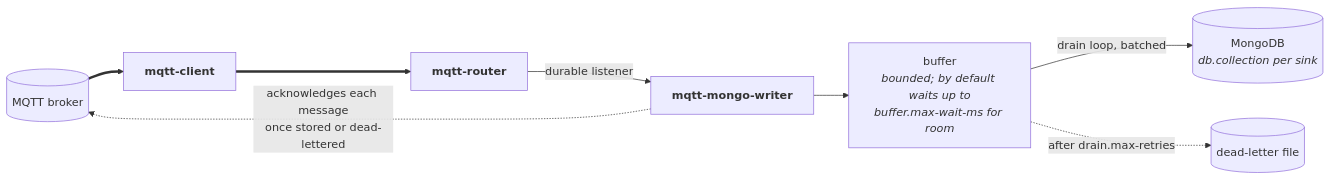
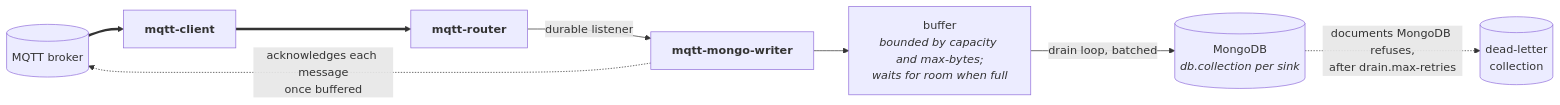
Before and after one commit to SoftInstigate/restheart: the fifth of 5 diagrams in mqtt/README.md, drawn with Mermaid. The commit also changed other lines of this file and 14 other files, not shown here.

````diff
--- a/mqtt/README.md
+++ b/mqtt/README.md
@@ -198,9 +198,9 @@
 ```mermaid
 flowchart LR
     broker[("MQTT broker")] ==> client["<b>mqtt-client</b>"] ==> router["<b>mqtt-router</b>"]
     router -->|"durable listener"| writer["<b>mqtt-mongo-writer</b>"]
-    writer --> buffer["buffer<br><i>bounded; by default waits up to<br>buffer.max-wait-ms for room</i>"]
+    writer --> buffer["buffer<br><i>bounded by capacity and max-bytes;<br>waits for room when full</i>"]
     buffer -->|"drain loop, batched"| mongo[("MongoDB<br><i>db.collection per sink</i>")]
-    buffer -.->|"after drain.max-retries"| dlq[("dead-letter file")]
-    writer -.->|"acknowledges each message<br>once stored or dead-lettered"| broker
+    mongo -.->|"documents MongoDB refuses,<br>after drain.max-retries"| dlq[("dead-letter<br>collection")]
+    writer -.->|"acknowledges each message<br>once buffered"| broker
 ```
````
